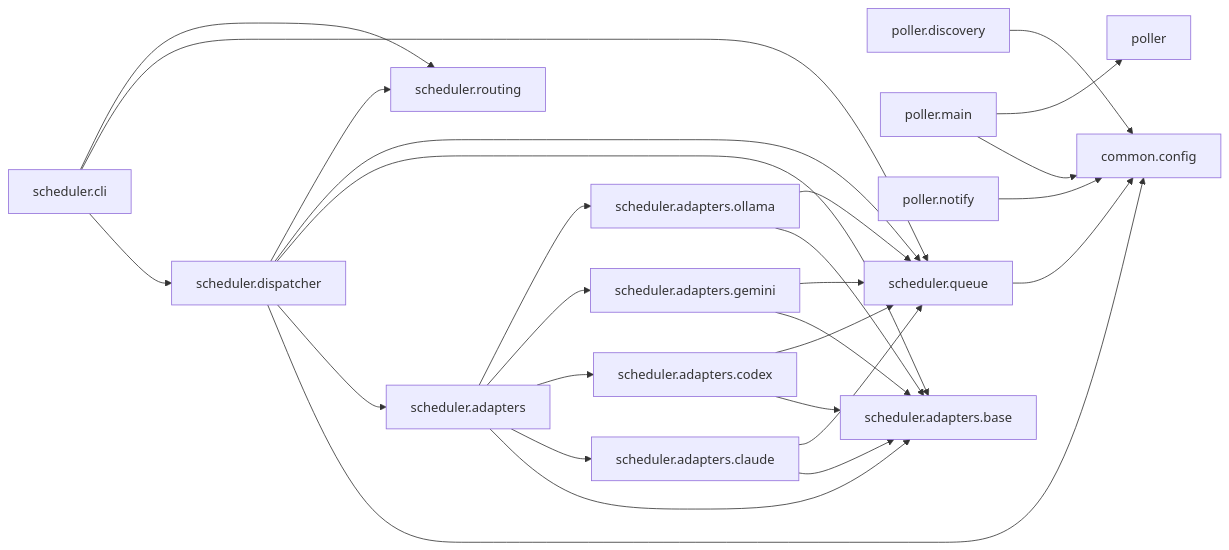
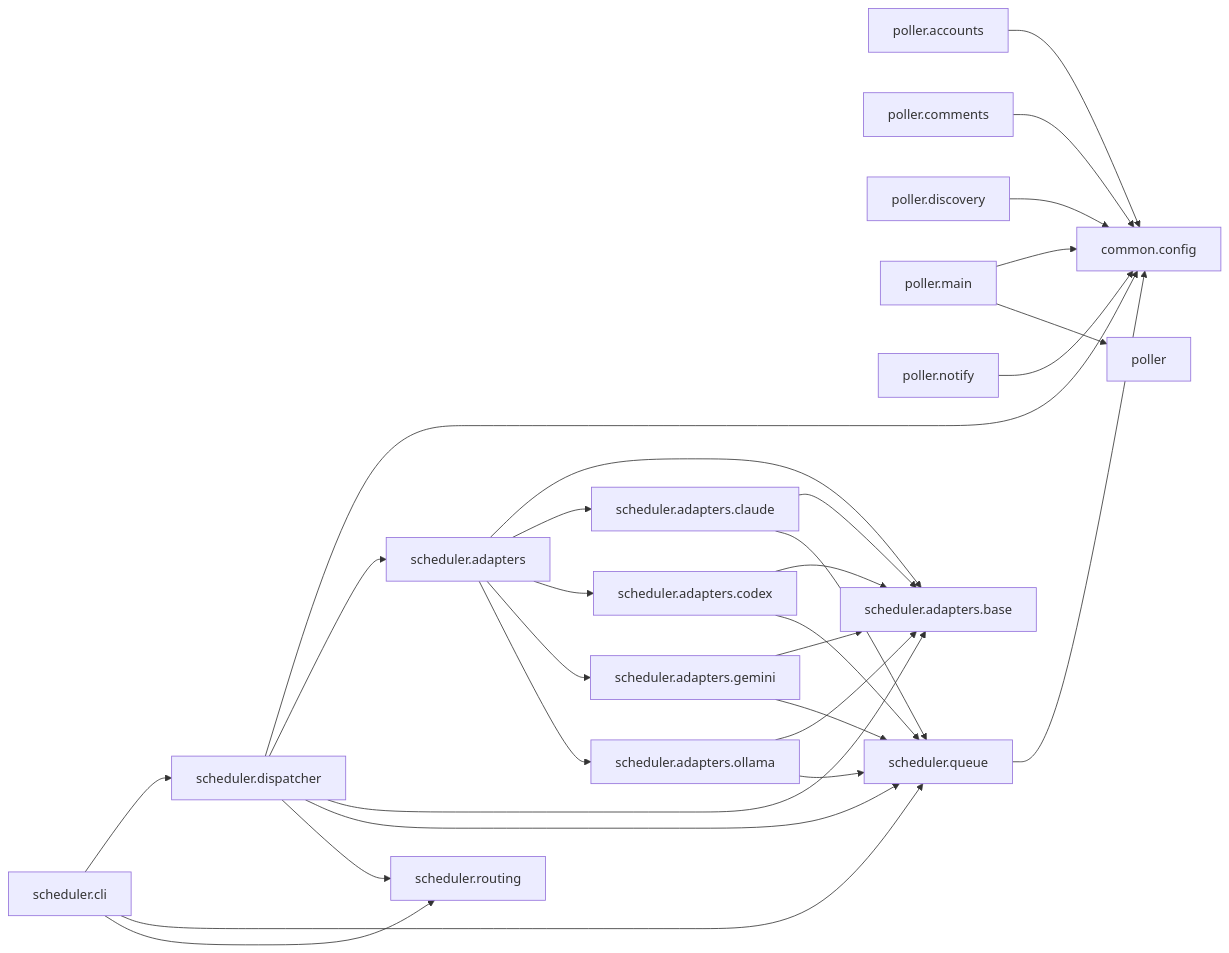
One commit to abdulrahman-gaith-beep/eco-commander changed the diagram in docs/diagrams/module-deps.md. Above: the diagram before and after it, drawn with Mermaid. The commit also changed 17 other files, not shown here.

First line of the commit message:
docs: gold-standard pass across reference, subsystems, diagrams, guides, and navigation

````diff
--- a/docs/diagrams/module-deps.md
+++ b/docs/diagrams/module-deps.md
@@ -10,29 +10,31 @@
 ```mermaid
 graph LR
+    poller_accounts["poller.accounts"] --> common_config["common.config"]
+    poller_comments["poller.comments"] --> common_config["common.config"]
     poller_discovery["poller.discovery"] --> common_config["common.config"]
     poller_main["poller.main"] --> common_config["common.config"]
     poller_main["poller.main"] --> poller["poller"]
     poller_notify["poller.notify"] --> common_config["common.config"]
     scheduler_adapters["scheduler.adapters"] --> scheduler_adapters_base["scheduler.adapters.base"]
     scheduler_adapters["scheduler.adapters"] --> scheduler_adapters_claude["scheduler.adapters.claude"]
     scheduler_adapters["scheduler.adapters"] --> scheduler_adapters_codex["scheduler.adapters.codex"]
     scheduler_adapters["scheduler.adapters"] --> scheduler_adapters_gemini["scheduler.adapters.gemini"]
     scheduler_adapters["scheduler.adapters"] --> scheduler_adapters_ollama["scheduler.adapters.ollama"]
     scheduler_adapters_claude["scheduler.adapters.claude"] --> scheduler_adapters_base["scheduler.adapters.base"]
     scheduler_adapters_claude["scheduler.adapters.claude"] --> scheduler_queue["scheduler.queue"]
     scheduler_adapters_codex["scheduler.adapters.codex"] --> scheduler_adapters_base["scheduler.adapters.base"]
     scheduler_adapters_codex["scheduler.adapters.codex"] --> scheduler_queue["scheduler.queue"]
     scheduler_adapters_gemini["scheduler.adapters.gemini"] --> scheduler_adapters_base["scheduler.adapters.base"]
     scheduler_adapters_gemini["scheduler.adapters.gemini"] --> scheduler_queue["scheduler.queue"]
     scheduler_adapters_ollama["scheduler.adapters.ollama"] --> scheduler_adapters_base["scheduler.adapters.base"]
     scheduler_adapters_ollama["scheduler.adapters.ollama"] --> scheduler_queue["scheduler.queue"]
     scheduler_cli["scheduler.cli"] --> scheduler_dispatcher["scheduler.dispatcher"]
     scheduler_cli["scheduler.cli"] --> scheduler_queue["scheduler.queue"]
     scheduler_cli["scheduler.cli"] --> scheduler_routing["scheduler.routing"]
     scheduler_dispatcher["scheduler.dispatcher"] --> common_config["common.config"]
     scheduler_dispatcher["scheduler.dispatcher"] --> scheduler_adapters["scheduler.adapters"]
     scheduler_dispatcher["scheduler.dispatcher"] --> scheduler_adapters_base["scheduler.adapters.base"]
     scheduler_dispatcher["scheduler.dispatcher"] --> scheduler_queue["scheduler.queue"]
     scheduler_dispatcher["scheduler.dispatcher"] --> scheduler_routing["scheduler.routing"]
     scheduler_queue["scheduler.queue"] --> common_config["common.config"]
 ```
````
